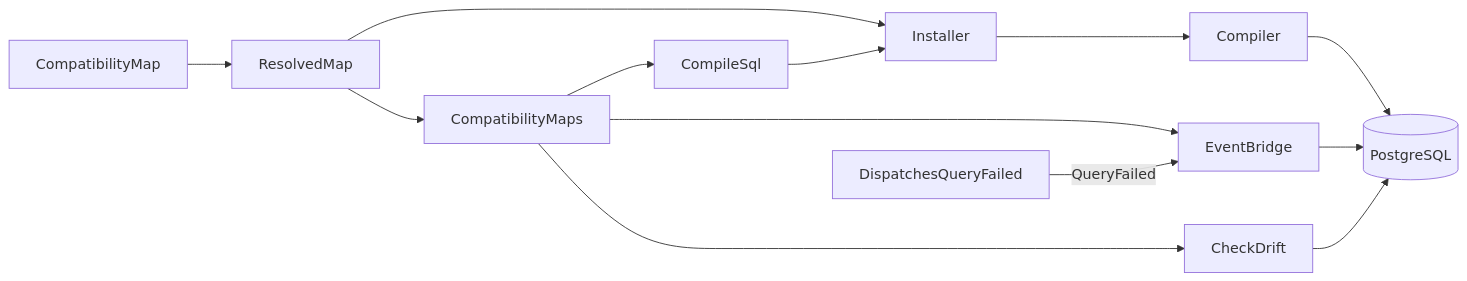
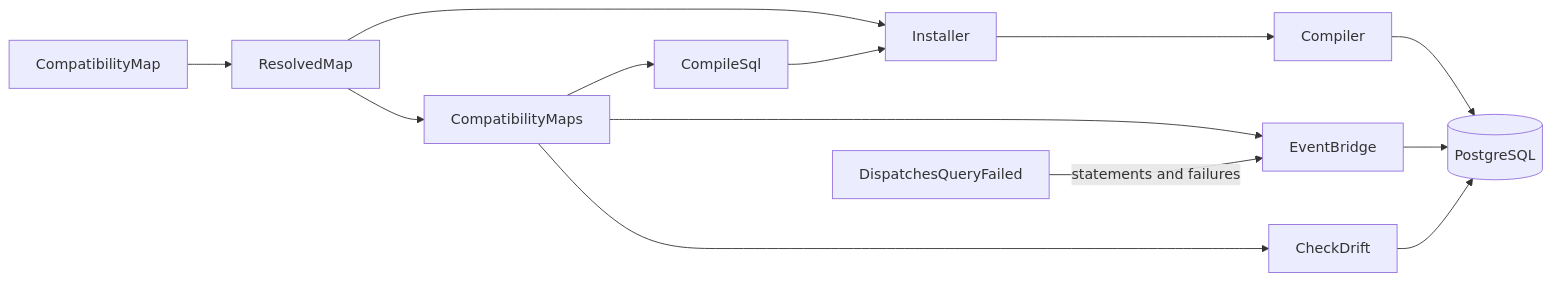
One commit to AryeoHQ/eloquent-compatibility changed the diagram in docs/architecture.md. Above: the diagram before and after it, drawn with Mermaid. The commit also changed other lines of this file and 29 other files, not shown here.

````diff
--- a/docs/architecture.md
+++ b/docs/architecture.md
@@ -38,15 +38,15 @@
 ```mermaid
 flowchart LR
   Map["CompatibilityMap"] --> Resolved["ResolvedMap"]
   Resolved --> Installer
   Installer --> Compiler
   Compiler --> Database[("PostgreSQL")]
   Resolved --> Registry["CompatibilityMaps"]
   Registry --> Bridge["EventBridge"]
   Registry --> Check["CheckDrift"]
   Registry --> Print["CompileSql"]
   Print --> Installer
   Bridge --> Database
   Check --> Database
-  Connection["DispatchesQueryFailed"] -->|QueryFailed| Bridge
+  Connection["DispatchesQueryFailed"] -->|statements and failures| Bridge
 ```
````
